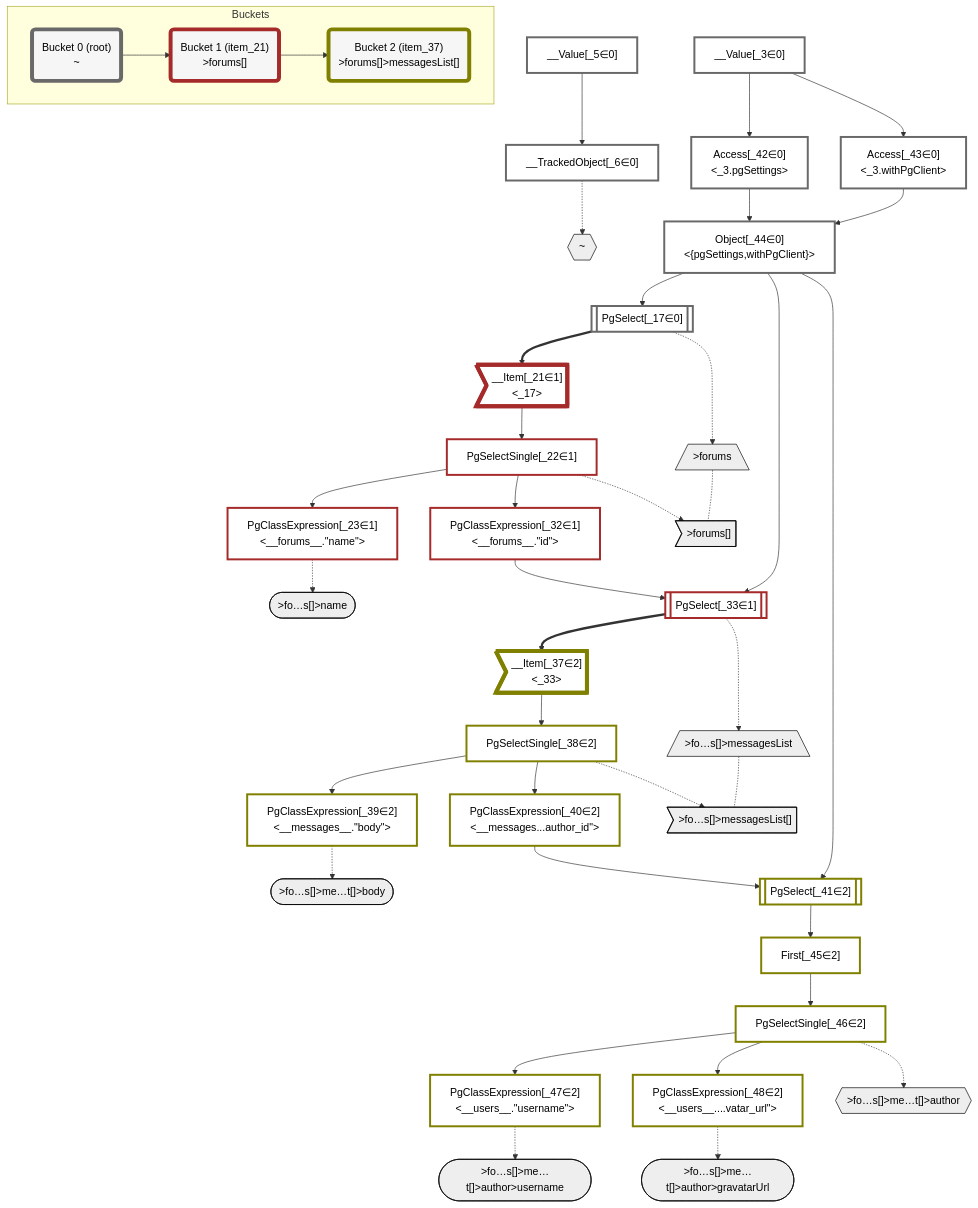
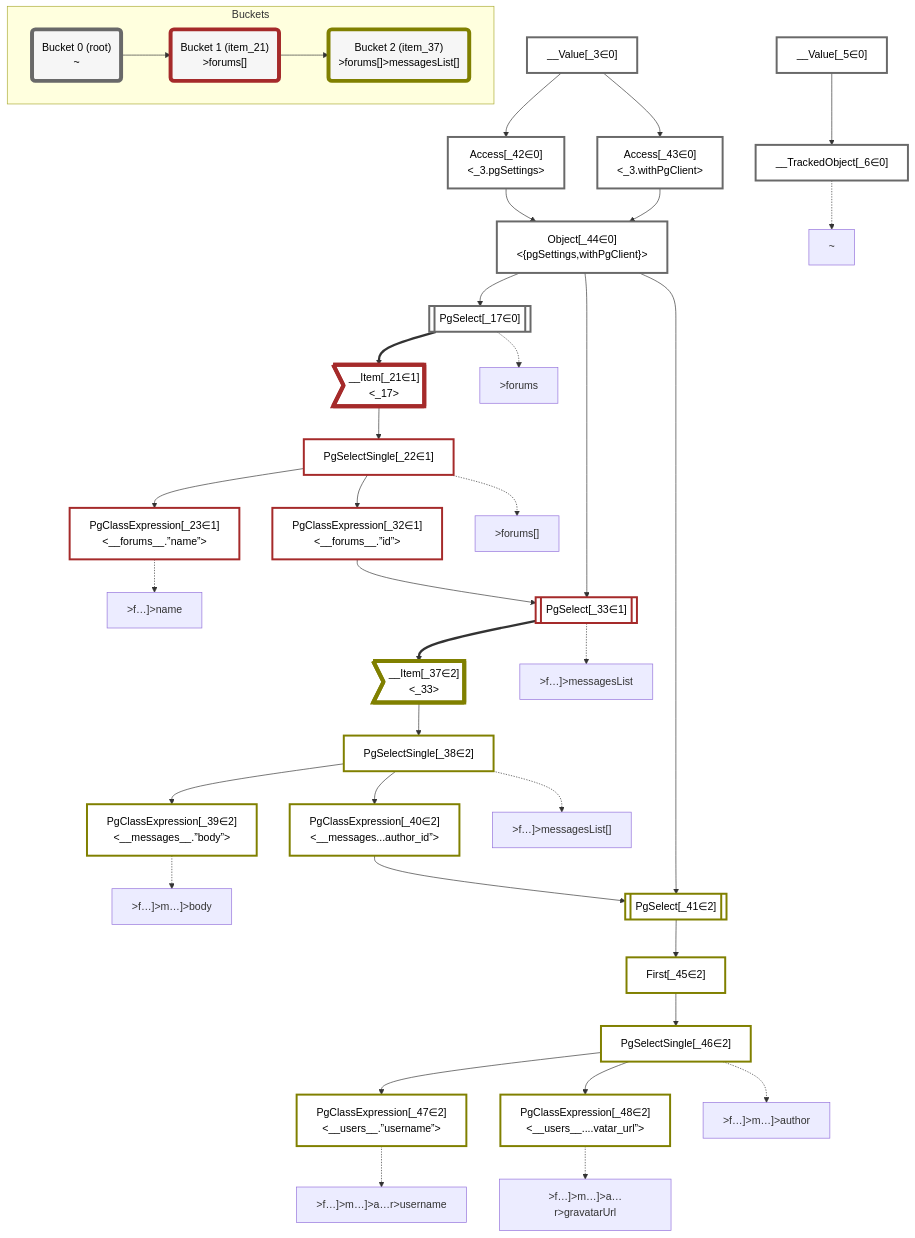
Before and after one commit to graphile/crystal: the diagram in packages/dataplan-pg/__tests__/queries/conditions/include-all-archived.deopt.mermaid.md, drawn with Mermaid. The commit also changed 195 other files, not shown here.

```diff
--- a/packages/dataplan-pg/__tests__/queries/conditions/include-all-archived.deopt.mermaid.md
+++ b/packages/dataplan-pg/__tests__/queries/conditions/include-all-archived.deopt.mermaid.md
@@ -6,27 +6,6 @@
     classDef sideeffectplan fill:#f00,stroke-width:6px,color:#000
     classDef bucket fill:#f6f6f6,color:#000,stroke-width:6px
 
-    %% subgraph fields
-    P1{{"~"}}:::path
-    P2[/">forums"\]:::path
-    P3>">forums[]"]:::path
-    P2 -.- P3
-    P4([">fo…s[]>name"]):::path
-    %% P3 -.-> P4
-    P5[/">fo…s[]>messagesList"\]:::path
-    P6>">fo…s[]>messagesList[]"]:::path
-    P5 -.- P6
-    P7([">fo…s[]>me…t[]>body"]):::path
-    %% P6 -.-> P7
-    P8{{">fo…s[]>me…t[]>author"}}:::path
-    P9([">fo…s[]>me…t[]>author>username"]):::path
-    %% P8 -.-> P9
-    P10([">fo…s[]>me…t[]>author>gravatarUrl"]):::path
-    %% P8 -.-> P10
-    %% P6 -.-> P8
-    %% P3 -.-> P5
-    %% P1 -.-> P2
-    %% end
 
     %% define plans
     __Value_3["__Value[_3∈0]<br /><context>"]:::plan
@@ -35,21 +14,21 @@
     PgSelect_17[["PgSelect[_17∈0]<br /><forums>"]]:::plan
     __Item_21>"__Item[_21∈1]<br /><_17>"]:::itemplan
     PgSelectSingle_22["PgSelectSingle[_22∈1]<br /><forums>"]:::plan
-    PgClassExpression_23["PgClassExpression[_23∈1]<br /><__forums__.#quot;name#quot;>"]:::plan
-    PgClassExpression_32["PgClassExpression[_32∈1]<br /><__forums__.#quot;id#quot;>"]:::plan
+    PgClassExpression_23["PgClassExpression[_23∈1]<br /><__forums__.”name”>"]:::plan
+    PgClassExpression_32["PgClassExpression[_32∈1]<br /><__forums__.”id”>"]:::plan
     PgSelect_33[["PgSelect[_33∈1]<br /><messages>"]]:::plan
     __Item_37>"__Item[_37∈2]<br /><_33>"]:::itemplan
     PgSelectSingle_38["PgSelectSingle[_38∈2]<br /><messages>"]:::plan
-    PgClassExpression_39["PgClassExpression[_39∈2]<br /><__messages__.#quot;body#quot;>"]:::plan
-    PgClassExpression_40["PgClassExpression[_40∈2]<br /><__messages...author_id#quot;>"]:::plan
+    PgClassExpression_39["PgClassExpression[_39∈2]<br /><__messages__.”body”>"]:::plan
+    PgClassExpression_40["PgClassExpression[_40∈2]<br /><__messages...author_id”>"]:::plan
     PgSelect_41[["PgSelect[_41∈2]<br /><users>"]]:::plan
     Access_42["Access[_42∈0]<br /><_3.pgSettings>"]:::plan
     Access_43["Access[_43∈0]<br /><_3.withPgClient>"]:::plan
     Object_44["Object[_44∈0]<br /><{pgSettings,withPgClient}>"]:::plan
     First_45["First[_45∈2]"]:::plan
     PgSelectSingle_46["PgSelectSingle[_46∈2]<br /><users>"]:::plan
-    PgClassExpression_47["PgClassExpression[_47∈2]<br /><__users__.#quot;username#quot;>"]:::plan
-    PgClassExpression_48["PgClassExpression[_48∈2]<br /><__users__....vatar_url#quot;>"]:::plan
+    PgClassExpression_47["PgClassExpression[_47∈2]<br /><__users__.”username”>"]:::plan
+    PgClassExpression_48["PgClassExpression[_48∈2]<br /><__users__....vatar_url”>"]:::plan
 
     %% plan dependencies
     __Value_5 --> __TrackedObject_6
@@ -76,15 +55,25 @@
     PgSelectSingle_46 --> PgClassExpression_48
 
     %% plan-to-path relationships
+    P1["~"]
     __TrackedObject_6 -.-> P1
+    P2[">forums"]
     PgSelect_17 -.-> P2
+    P3[">forums[]"]
     PgSelectSingle_22 -.-> P3
+    P4[">f…]>name"]
     PgClassExpression_23 -.-> P4
+    P5[">f…]>messagesList"]
     PgSelect_33 -.-> P5
+    P6[">f…]>messagesList[]"]
     PgSelectSingle_38 -.-> P6
+    P7[">f…]>m…]>body"]
     PgClassExpression_39 -.-> P7
+    P8[">f…]>m…]>author"]
     PgSelectSingle_46 -.-> P8
+    P9[">f…]>m…]>a…r>username"]
     PgClassExpression_47 -.-> P9
+    P10[">f…]>m…]>a…r>gravatarUrl"]
     PgClassExpression_48 -.-> P10
 
     %% allocate buckets
```
